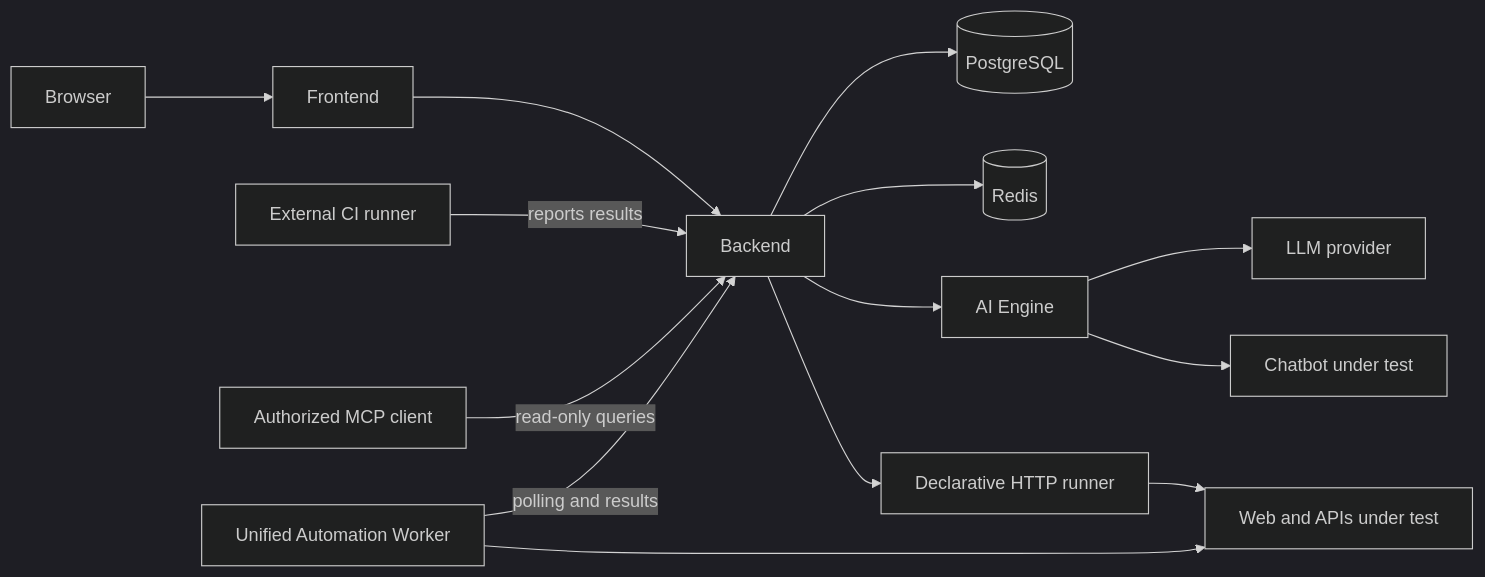
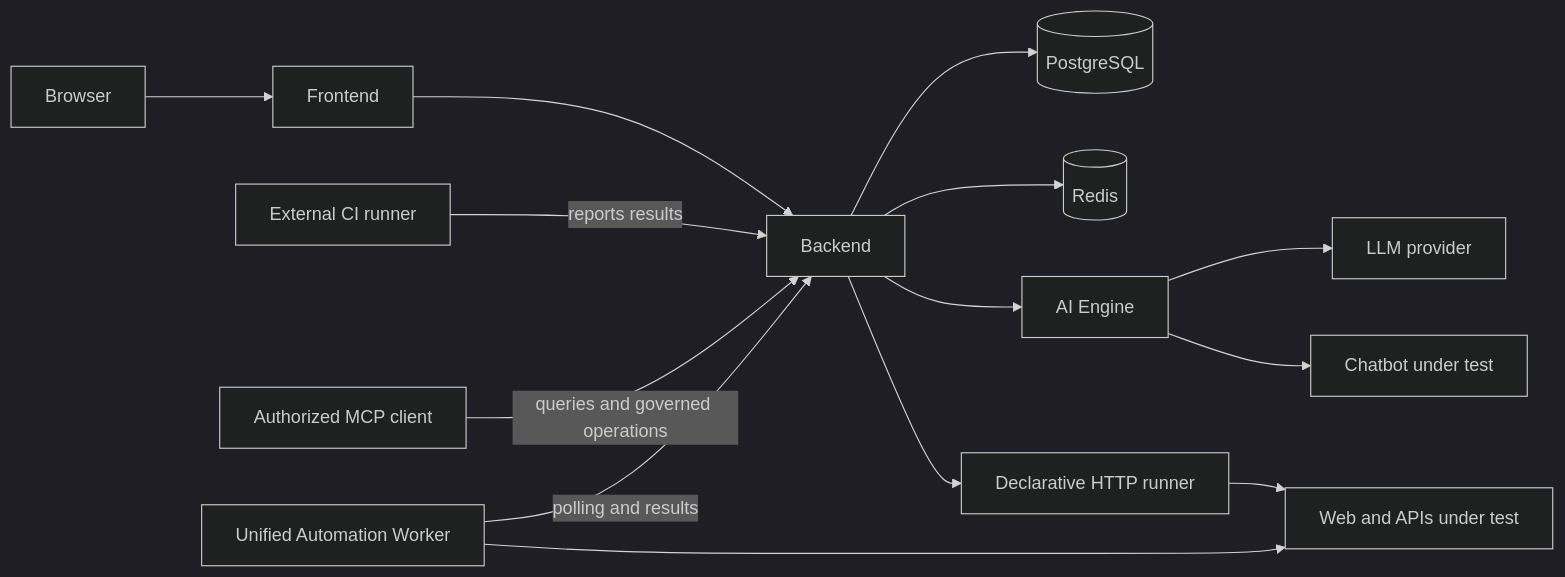
One commit to treseko/treseko-platform changed the diagram in docs/en/ARCHITECTURE.md. Above: the diagram before and after it, drawn with Mermaid (dark theme). The commit also changed 10 other files, not shown here.

````diff
--- a/docs/en/ARCHITECTURE.md
+++ b/docs/en/ARCHITECTURE.md
@@ -10,16 +10,16 @@
 ```mermaid
 flowchart LR
   U[Browser] --> F[Frontend]
   CI[External CI runner] -->|reports results| B
-  MCP[Authorized MCP client] -->|read-only queries| B
+  MCP[Authorized MCP client] -->|queries and governed operations| B
   F --> B[Backend]
   B --> P[(PostgreSQL)]
   B --> R[(Redis)]
   B --> E[AI Engine]
   W[Unified Automation Worker] -->|polling and results| B
   B --> H[Declarative HTTP runner]
   E --> L[LLM provider]
   E --> C[Chatbot under test]
   W --> S[Web and APIs under test]
   H --> S
 ```
````
